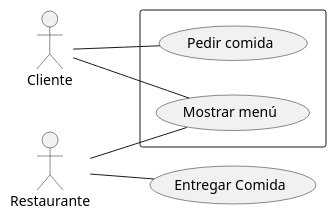
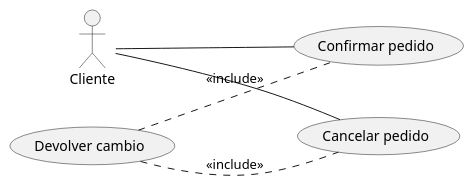
Before and after one commit to NuriaSan/Practica_Clases_PlantUml: the diagram in src/Proyecto.puml, drawn with PlantUML. The commit also changed 1 other file, not shown here.

Commit message:
Elementos del diagrama. Inclusión

```diff
--- a/src/Proyecto.puml
+++ b/src/Proyecto.puml
@@ -1,15 +1,11 @@
 @startuml
 left to right direction
 actor "Cliente" as cl
-actor "Restaurante" as res
-rectangle {
-    usecase "Mostrar menú" as mm
-    usecase "Pedir comida" as pc
-}
-usecase "Entregar Comida" as ec
-    cl -- mm
-    cl -- pc
-    res -- mm
-    res -- ec
-
+usecase "Confirmar pedido" as cop
+usecase "Cancelar pedido" as cap
+usecase "Devolver cambio" as dc
+    cl -- cop
+    cl -- cap
+    dc .. cop : <<include>>
+    dc .. cap : <<include>>
 @enduml
```
